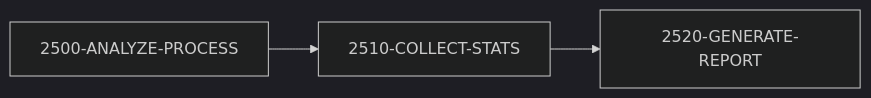
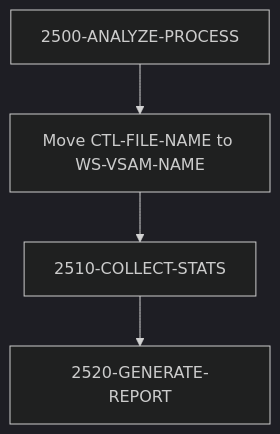
One commit to haladir-com/legacy-benchmark-docs-vb70e1 changed the fifth of 5 diagrams in docs/programs/UTLMNT00.mdx. Above: the diagram before and after it, drawn with Mermaid (dark theme). The commit also changed other lines of this file and 64 other files, not shown here.

````diff
--- a/docs/programs/UTLMNT00.mdx
+++ b/docs/programs/UTLMNT00.mdx
@@ -68,5 +257,6 @@
 ```mermaid
-graph LR
-    A[2500-ANALYZE-PROCESS] --> B[2510-COLLECT-STATS]
-    B --> C[2520-GENERATE-REPORT]
+flowchart TD
+    A[2500-ANALYZE-PROCESS] --> B[Move CTL-FILE-NAME to WS-VSAM-NAME]
+    B --> C[2510-COLLECT-STATS]
+    C --> D[2520-GENERATE-REPORT]
 ```
````
